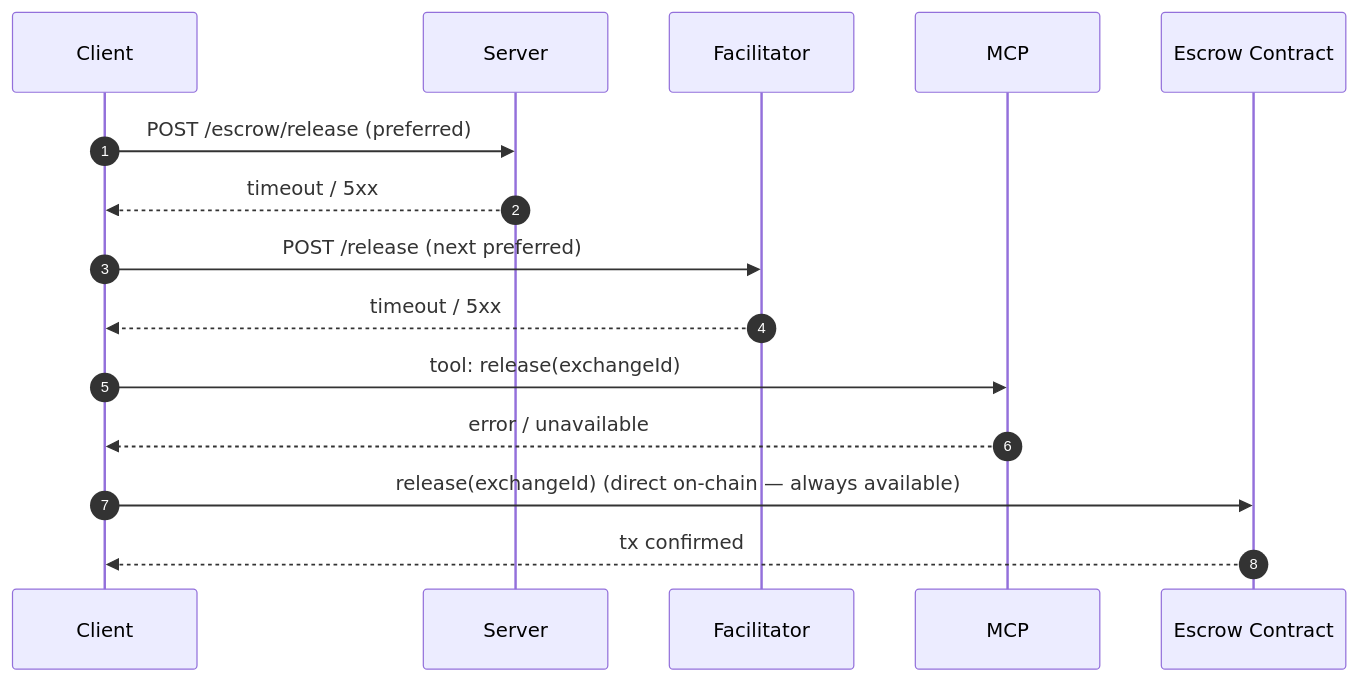
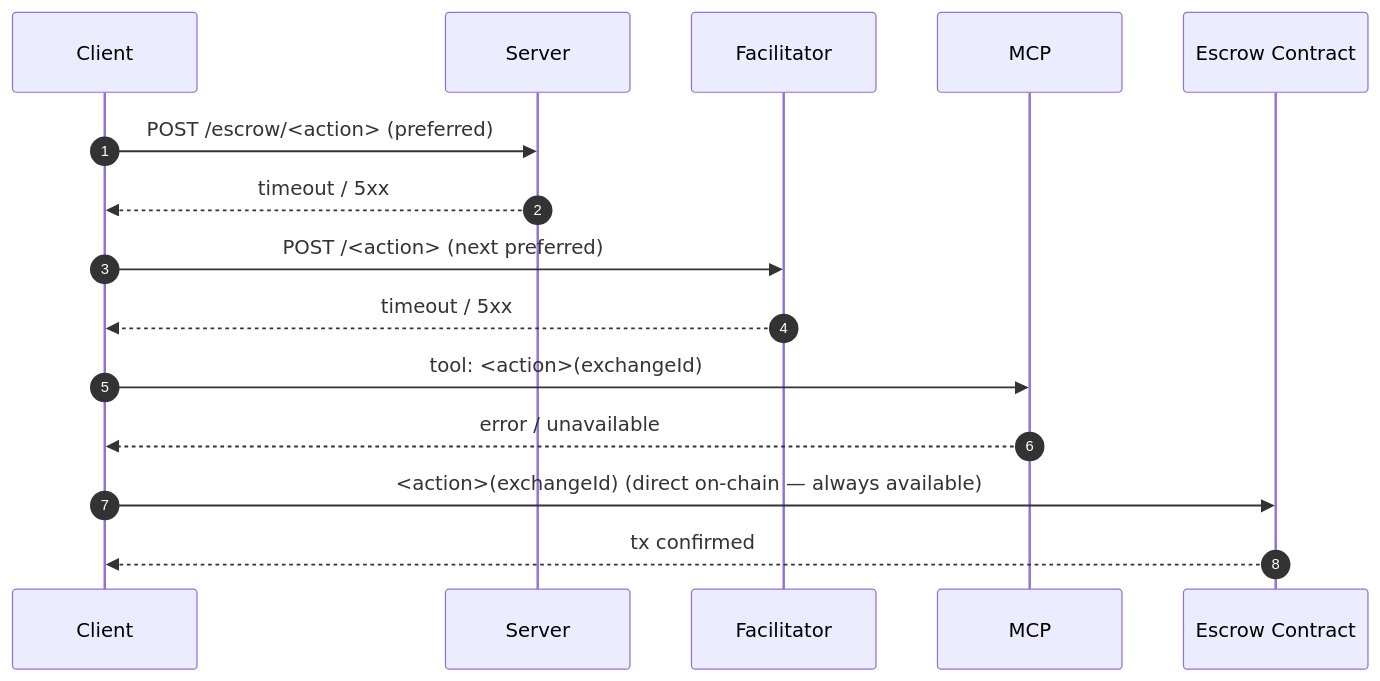
One commit to bosonprotocol/x402-escrow-schema changed the third of 3 diagrams in 02-flows.md. Above: the diagram before and after it, drawn with Mermaid. The commit also changed other lines of this file and 1 other file, not shown here.

Commit message:
generalize flows and state machines

````diff
--- a/02-flows.md
+++ b/02-flows.md
@@ -142,21 +95,21 @@
 ```mermaid
 sequenceDiagram
     autonumber
     participant C as Client
     participant Sv as Server
     participant F as Facilitator
     participant M as MCP
     participant E as Escrow Contract
 
-    C->>Sv: POST /escrow/release (preferred)
+    C->>Sv: POST /escrow/<action> (preferred)
     Sv-->>C: timeout / 5xx
 
-    C->>F: POST /release (next preferred)
+    C->>F: POST /<action> (next preferred)
     F-->>C: timeout / 5xx
 
-    C->>M: tool: release(exchangeId)
+    C->>M: tool: <action>(exchangeId)
     M-->>C: error / unavailable
 
-    C->>E: release(exchangeId) (direct on-chain — always available)
+    C->>E: <action>(exchangeId) (direct on-chain — always available)
     E-->>C: tx confirmed
 ```
````
